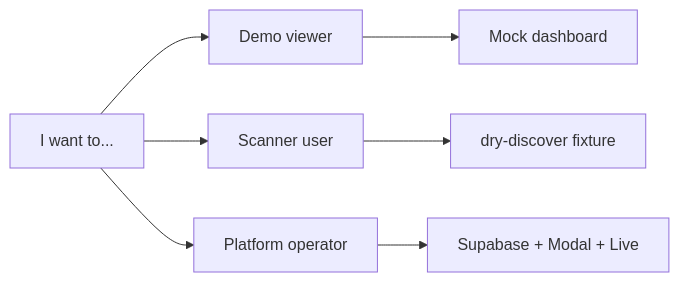
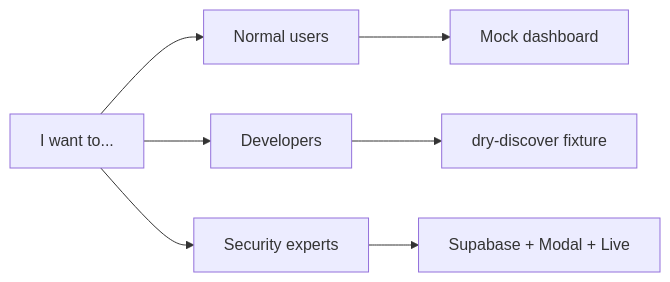
One commit to neomatrix369/tripwire changed the diagram in QUICKSTART.md. Above: the diagram before and after it, drawn with Mermaid. The commit also changed other lines of this file and 9 other files, not shown here.

````diff
--- a/QUICKSTART.md
+++ b/QUICKSTART.md
@@ -11,9 +11,9 @@
 ```mermaid
 flowchart LR
-  start[I want to...] --> demo[Demo viewer]
-  start --> scan[Scanner user]
-  start --> platform[Platform operator]
+  start[I want to...] --> demo[Normal users]
+  start --> scan[Developers]
+  start --> platform[Security experts]
   demo --> mockDash[Mock dashboard]
   scan --> dryDiscover[dry-discover fixture]
   platform --> fullStack[Supabase + Modal + Live]
 ```
````
